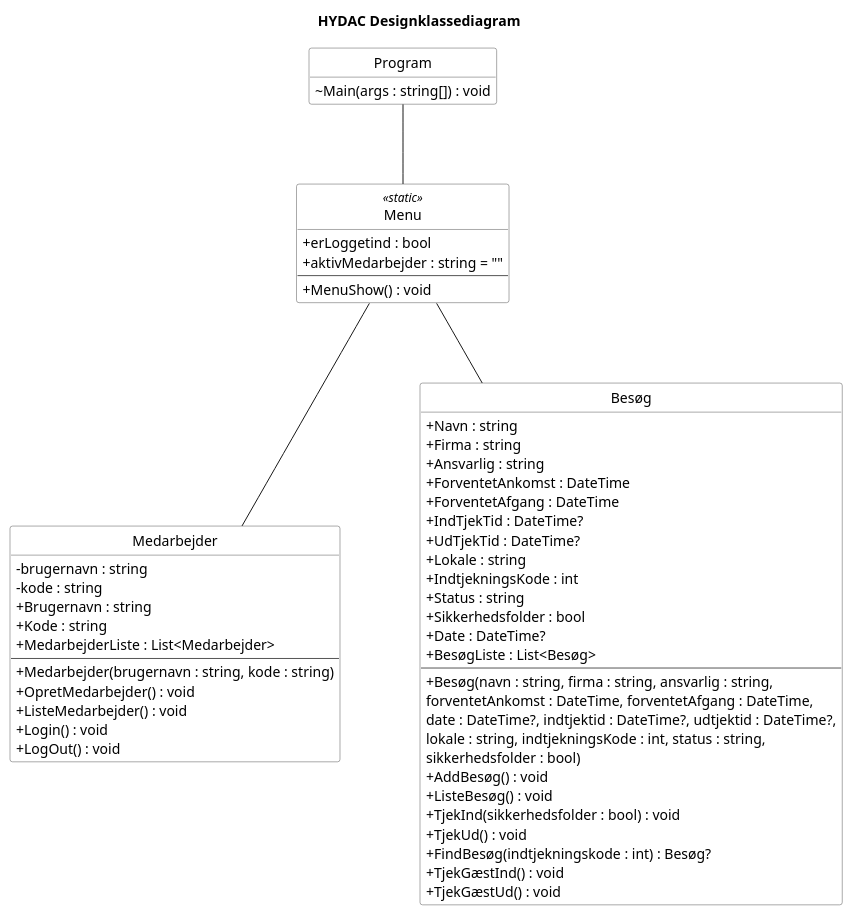
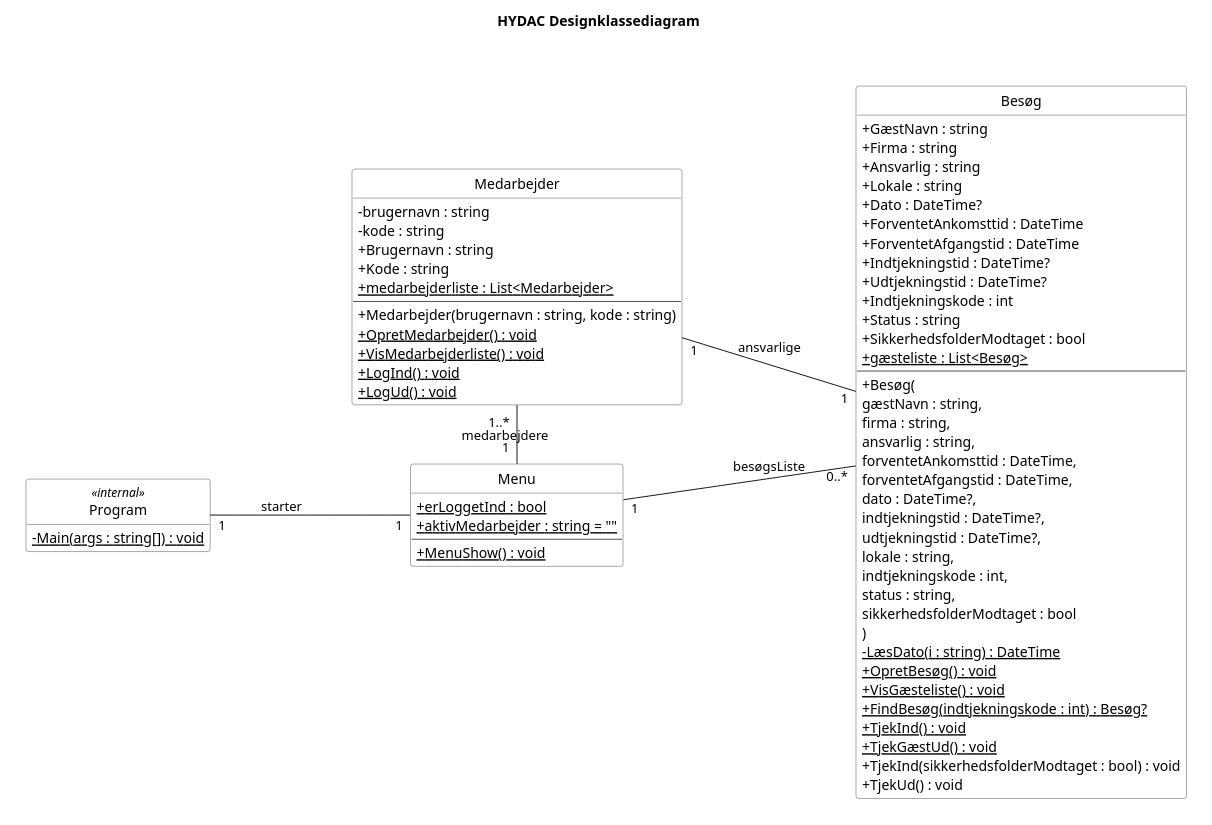
Before and after one commit to Zoabz/Hydac: the diagram in 7. Design Class Diagram/7. Design Class Diagram.puml, drawn with PlantUML.

```diff
--- a/7. Design Class Diagram/7. Design Class Diagram.puml
+++ b/7. Design Class Diagram/7. Design Class Diagram.puml
@@ -1,74 +1,98 @@
 @startuml
 title HYDAC Designklassediagram
 
 hide circle
 hide empty members
 
 skinparam classAttributeIconSize 0
-skinparam nodesep 80
-skinparam ranksep 80
+skinparam pageMargin 40
+left to right direction
+skinparam nodesep 40
+skinparam ranksep 100
+
+skinparam rectangle {
+    BackgroundColor white
+    BorderColor #FFFFFF
+}
 
 skinparam class {
     BackgroundColor white
     BorderColor #555555
 }
 
-class Program {
-    ~ Main(args : string[]) : void
+rectangle " " as bakgrund {
+
+class Program <<internal>> {
+    - {static} Main(args : string[]) : void
 }
 
-class Menu <<static>> {
-    + erLoggetind : bool
-    + aktivMedarbejder : string = ""
+
+class Menu {
+    + {static} erLoggetInd : bool
+    + {static} aktivMedarbejder : string = ""
     --
-    + MenuShow() : void
+    + {static} MenuShow() : void
 }
+
 
 class Medarbejder {
     - brugernavn : string
     - kode : string
     + Brugernavn : string
     + Kode : string
-    + MedarbejderListe : List<Medarbejder>
+    + {static} medarbejderliste : List<Medarbejder>
     --
     + Medarbejder(brugernavn : string, kode : string)
-    + OpretMedarbejder() : void
-    + ListeMedarbejder() : void
-    + Login() : void
-    + LogOut() : void
+    + {static} OpretMedarbejder() : void
+    + {static} VisMedarbejderliste() : void
+    + {static} LogInd() : void
+    + {static} LogUd() : void
 }
 
+
 class Besøg {
-    + Navn : string
+    + GæstNavn : string
     + Firma : string
     + Ansvarlig : string
-    + ForventetAnkomst : DateTime
-    + ForventetAfgang : DateTime
-    + IndTjekTid : DateTime?
-    + UdTjekTid : DateTime?
     + Lokale : string
-    + IndtjekningsKode : int
+    + Dato : DateTime?
+    + ForventetAnkomsttid : DateTime
+    + ForventetAfgangstid : DateTime
+    + Indtjekningstid : DateTime?
+    + Udtjekningstid : DateTime?
+    + Indtjekningskode : int
     + Status : string
-    + Sikkerhedsfolder : bool
-    + Date : DateTime?
-    + BesøgListe : List<Besøg>
+    + SikkerhedsfolderModtaget : bool
+    + {static} gæsteliste : List<Besøg>
     --
-    + Besøg(navn : string, firma : string, ansvarlig : string,
-        forventetAnkomst : DateTime, forventetAfgang : DateTime,
-        date : DateTime?, indtjektid : DateTime?, udtjektid : DateTime?,
-        lokale : string, indtjekningsKode : int, status : string,
-        sikkerhedsfolder : bool)
-    + AddBesøg() : void
-    + ListeBesøg() : void
-    + TjekInd(sikkerhedsfolder : bool) : void
+    + Besøg(
+        gæstNavn : string,
+        firma : string,
+        ansvarlig : string,
+        forventetAnkomsttid : DateTime,
+        forventetAfgangstid : DateTime,
+        dato : DateTime?,
+        indtjekningstid : DateTime?,
+        udtjekningstid : DateTime?,
+        lokale : string,
+        indtjekningskode : int,
+        status : string,
+        sikkerhedsfolderModtaget : bool
+    )
+    - {static} LæsDato(i : string) : DateTime
+    + {static} OpretBesøg() : void
+    + {static} VisGæsteliste() : void
+    + {static} FindBesøg(indtjekningskode : int) : Besøg?
+    + {static} TjekInd() : void
+    + {static} TjekGæstUd() : void
+    + TjekInd(sikkerhedsfolderModtaget : bool) : void
     + TjekUd() : void
-    + FindBesøg(indtjekningskode : int) : Besøg?
-    + TjekGæstInd() : void
-    + TjekGæstUd() : void
 }
-Program -- Menu 
-Menu -- Besøg 
-Menu -- Medarbejder
 
+Program "1" -- "1" Menu : starter
+Menu "1" -- "0..*" Besøg : besøgsListe
+Menu "1  " - "1..*  " Medarbejder :   medarbejdere
+Medarbejder "1" -- "1" Besøg : ansvarlige
+}
 
 @enduml
```
